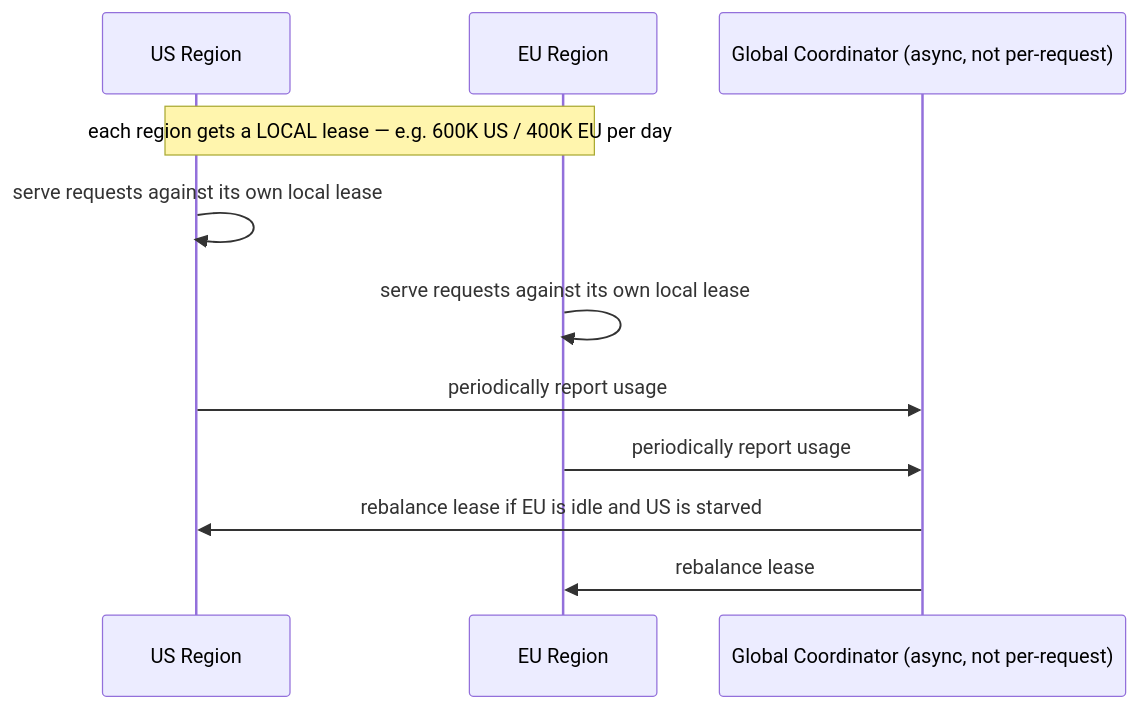
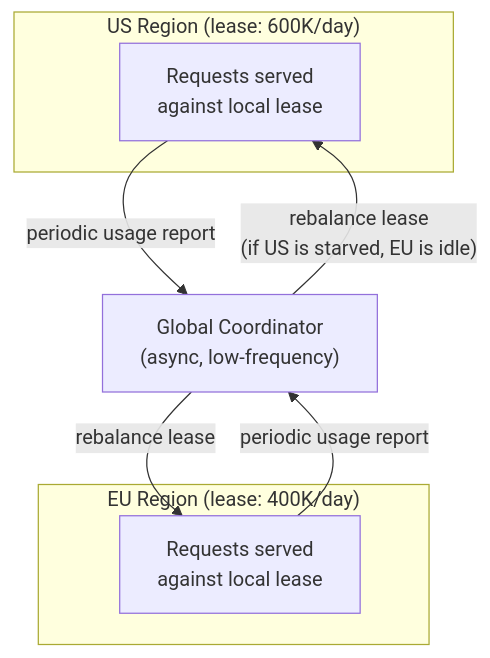
One commit to riyaz-pasha/Learnings changed diagram 14 of 17 in system-design/HLD/0-course/19-Rate-Limiter-FAANG-Guide-story.md. Above: the diagram before and after it, drawn with Mermaid. The commit also changed other lines of this file, not shown here.

Commit message:
rewrite: simplify english and clean up mermaid diagrams in rate limiter story guide

````diff
--- a/system-design/HLD/0-course/19-Rate-Limiter-FAANG-Guide-story.md
+++ b/system-design/HLD/0-course/19-Rate-Limiter-FAANG-Guide-story.md
@@ -308,13 +572,15 @@
 ```mermaid
-sequenceDiagram
-    participant US as US Region
-    participant EU as EU Region
-    participant Global as Global Coordinator (async, not per-request)
-    Note over US,EU: each region gets a LOCAL lease — e.g. 600K US / 400K EU per day
-    US->>US: serve requests against its own local lease
-    EU->>EU: serve requests against its own local lease
-    US->>Global: periodically report usage
-    EU->>Global: periodically report usage
-    Global->>US: rebalance lease if EU is idle and US is starved
-    Global->>EU: rebalance lease
+flowchart TB
+    subgraph US["US Region (lease: 600K/day)"]
+        URQ["Requests served\nagainst local lease"]
+    end
+    subgraph EU["EU Region (lease: 400K/day)"]
+        ERQ["Requests served\nagainst local lease"]
+    end
+    GC["Global Coordinator\n(async, low-frequency)"]
+
+    URQ -->|"periodic usage report"| GC
+    ERQ -->|"periodic usage report"| GC
+    GC -->|"rebalance lease\n(if US is starved, EU is idle)"| URQ
+    GC -->|"rebalance lease"| ERQ
 ```
````
